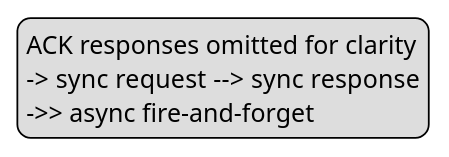
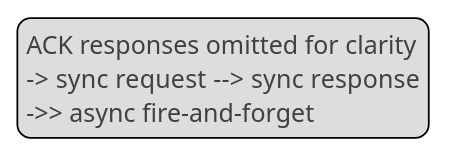
One commit to artem-from-ua/claude-plugins changed the first of 3 diagrams in plugins/plantuml/skills/plantuml-diagram-guide/references/sequence.md. Above: the diagram before and after it, drawn with PlantUML. The commit also changed other lines of this file and 5 other files, not shown here.

First line of the commit message:
feat(plantuml): wrap legend text in dark grey instead of default black

````diff
--- a/plugins/plantuml/skills/plantuml-diagram-guide/references/sequence.md
+++ b/plugins/plantuml/skills/plantuml-diagram-guide/references/sequence.md
@@ -53,7 +53,7 @@
 ```plantuml
 legend right
-  ACK responses omitted for clarity
-  -> sync request  --> sync response
-  ->> async fire-and-forget
+  <color:#404040>ACK responses omitted for clarity</color>
+  <color:#404040>-> sync request  --> sync response</color>
+  <color:#404040>->> async fire-and-forget</color>
 end legend
 ```
````
